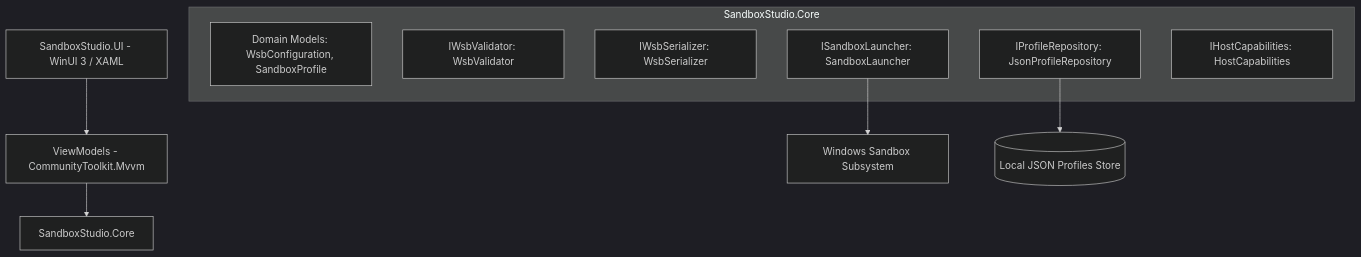
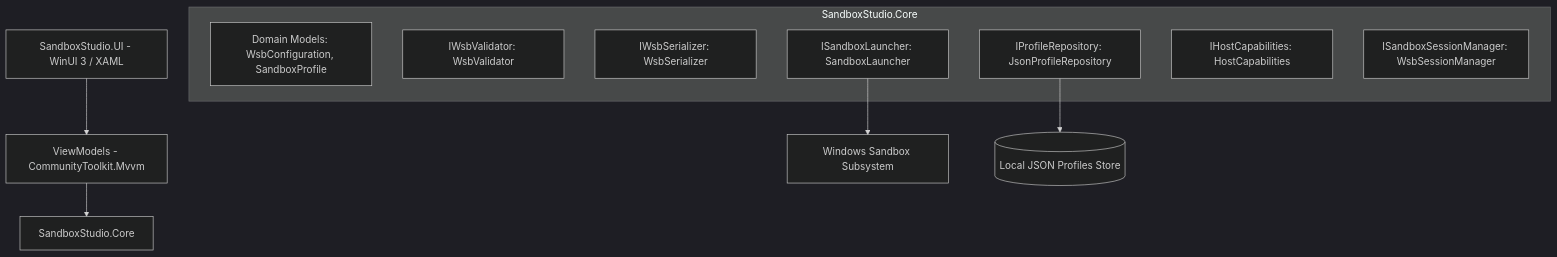
The first of 2 diagrams in ARCHITECTURE.md (PAumedes/SandboxStudio), drawn with Mermaid (dark theme) before and after one commit. The commit also changed other lines of this file and 17 other files, not shown here.

First line of the commit message:
feat: live sandbox sessions via the wsb CLI

````diff
--- a/ARCHITECTURE.md
+++ b/ARCHITECTURE.md
@@ -5,17 +5,18 @@
 ```mermaid
 graph TD
     UI[SandboxStudio.UI - WinUI 3 / XAML] --> VM[ViewModels - CommunityToolkit.Mvvm]
     VM --> Core[SandboxStudio.Core]
     
     subgraph SandboxStudio.Core
         Models[Domain Models: WsbConfiguration, SandboxProfile]
         Validation[IWsbValidator: WsbValidator]
         Serialization[IWsbSerializer: WsbSerializer]
         Storage[IProfileRepository: JsonProfileRepository]
         Execution[ISandboxLauncher: SandboxLauncher]
         Capabilities[IHostCapabilities: HostCapabilities]
+        Sessions[ISandboxSessionManager: WsbSessionManager]
     end
 
     Execution --> OS[Windows Sandbox Subsystem]
     Storage --> Disk[(Local JSON Profiles Store)]
 ```
````
